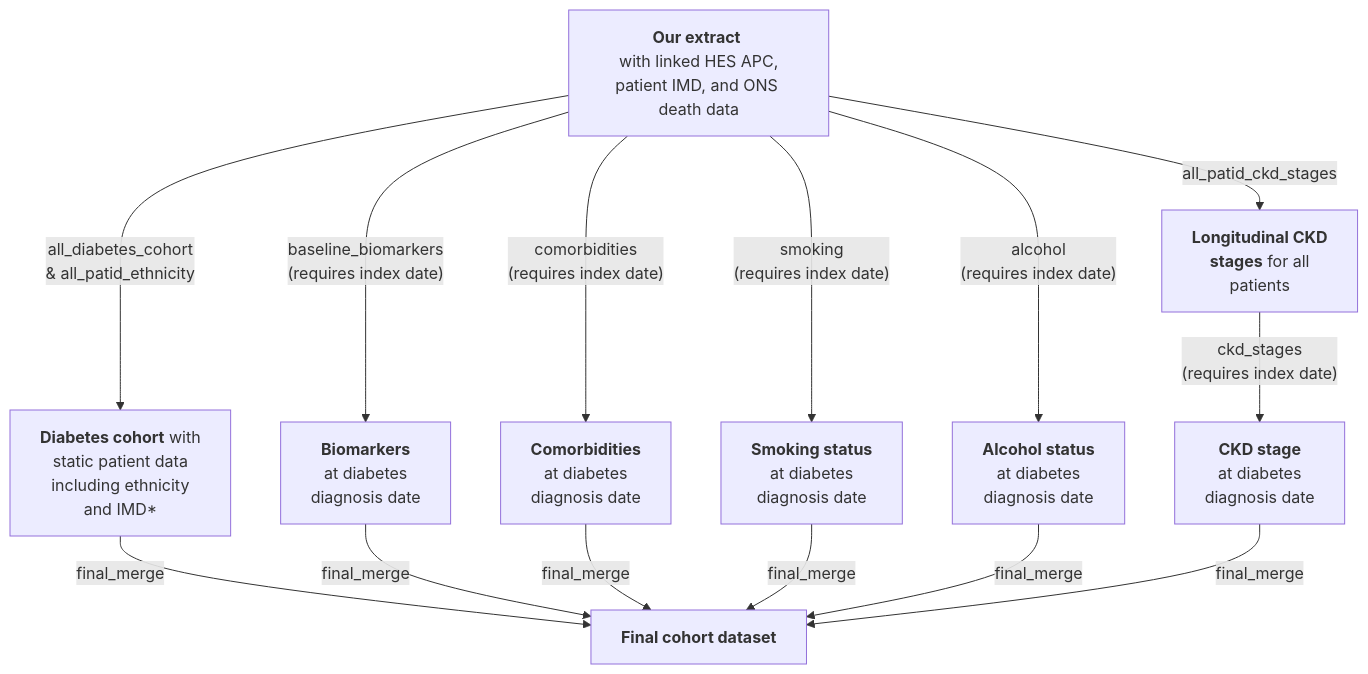
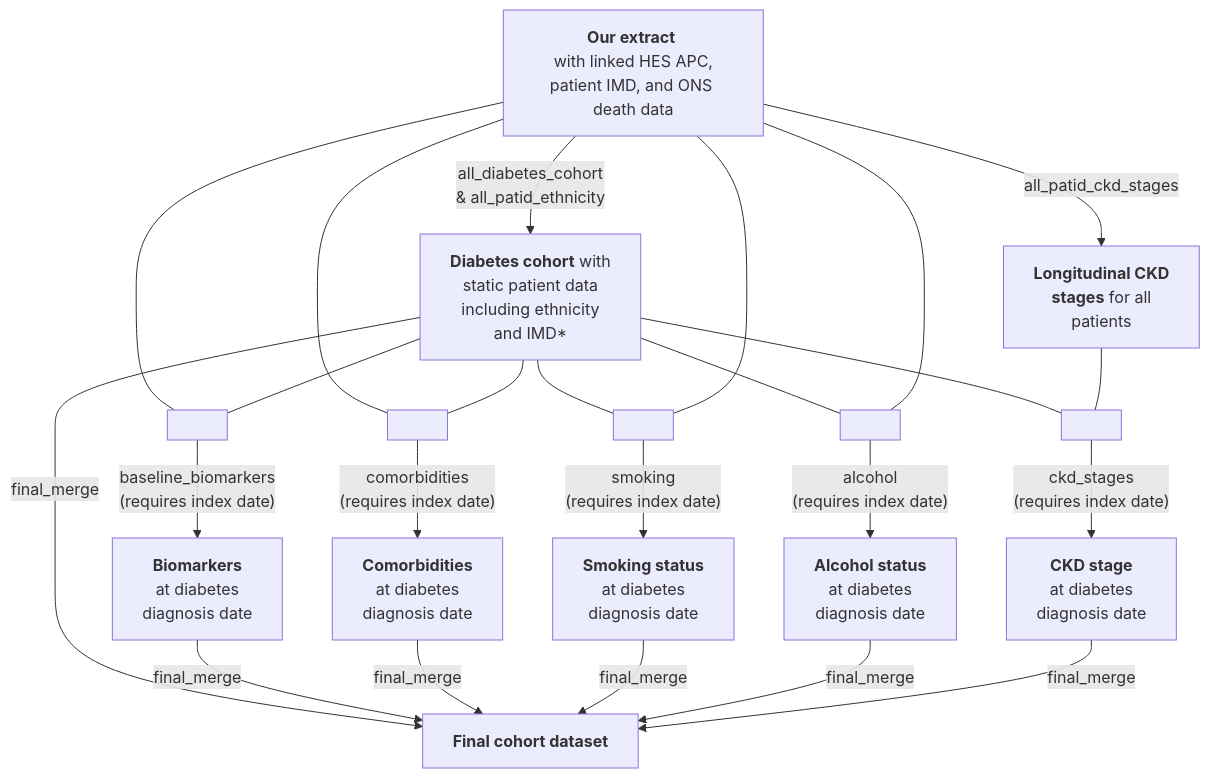
Before and after one commit to Exeter-Diabetes/CPRD-Cohort-scripts: the diagram in 01-At-diagnosis/README.md, drawn with Mermaid. The commit also changed other lines of this file, not shown here.

````diff
--- a/01-At-diagnosis/README.md
+++ b/01-At-diagnosis/README.md
@@ -11,16 +11,32 @@
 ```mermaid
 graph TD;
     A["<b>Our extract</b> <br> with linked HES APC, patient IMD, and ONS death data"] --> |"all_diabetes_cohort <br> & all_patid_ethnicity"|B["<b>Diabetes cohort</b> with <br> static patient data <br> including ethnicity <br> and IMD*"]
     A-->|"all_patid_ckd_stages"|C["<b>Longitudinal CKD <br> stages</b> for all <br> patients"]
-    A-->|"baseline_biomarkers <br> (requires index date)"|E["<b>Biomarkers</b> <br> at diabetes <br> diagnosis date"]
-    A-->|"comorbidities <br> (requires index date)"|F["<b>Comorbidities</b> <br> at diabetes <br> diagnosis date"]
-    A-->|"smoking <br> (requires index date)"|G["<b>Smoking status</b> <br> at diabetes <br> diagnosis date"]
-    A-->|"alcohol <br> (requires index date)"|H["<b>Alcohol status</b> <br> at diabetes <br> diagnosis date"]
-    C-->|"ckd_stages <br> (requires index date)"|I["<b>CKD stage </b> <br> at diabetes <br> diagnosis date"]
+
+    A---M[ ]:::empty
+    B---M
+    M-->|"baseline_biomarkers <br> (requires index date)"|E["<b>Biomarkers</b> <br> at diabetes <br> diagnosis date"]
+   
+    A---N[ ]:::empty
+    B---N
+    N-->|"comorbidities <br> (requires index date)"|F["<b>Comorbidities</b> <br> at diabetes <br> diagnosis date"]
+
+    B---O[ ]:::empty
+    A---O
+    O-->|"smoking <br> (requires index date)"|G["<b>Smoking status</b> <br> at diabetes <br> diagnosis date"]
+    
+    B---P[ ]:::empty
+    A---P
+    P-->|"alcohol <br> (requires index date)"|H["<b>Alcohol status</b> <br> at diabetes <br> diagnosis date"]
+    
+    B---Q[ ]:::empty
+    C---Q
+    Q-->|"ckd_stages <br> (requires index date)"|I["<b>CKD stage </b> <br> at diabetes <br> diagnosis date"]
+    
     B-->|"final_merge"|J["<b>Final cohort dataset</b>"]
     E-->|"final_merge"|J
     F-->|"final_merge"|J
     G-->|"final_merge"|J
     H-->|"final_merge"|J
-    I-->|"final_merge"|J    
+    I-->|"final_merge"|J
 ```
````
